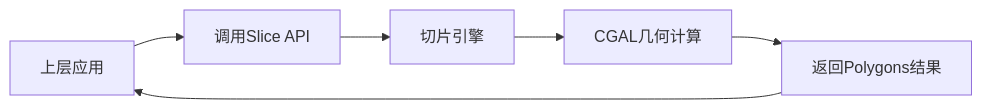
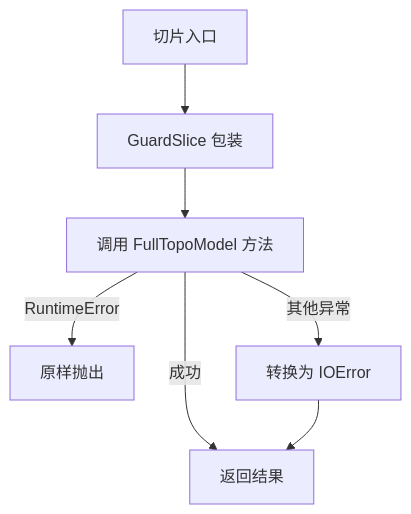
Before and after one commit to hsmbanlance/HsBaSlicer: diagram 12 of 13 in .qoder/repowiki/zh/content/核心模块详解/切片引擎.md, drawn with Mermaid. The commit also changed other lines of this file and 703 other files, not shown here.

````diff
--- a/.qoder/repowiki/zh/content/核心模块详解/切片引擎.md
+++ b/.qoder/repowiki/zh/content/核心模块详解/切片引擎.md
@@ -238,8 +450,9 @@
 ```mermaid
-flowchart LR
-App[上层应用] --> API["调用Slice API"]
-API --> Engine["切片引擎"]
-Engine --> CGAL["CGAL几何计算"]
-CGAL --> Result["返回Polygons结果"]
-Result --> App
+flowchart TD
+Entry["切片入口"] --> Guard["GuardSlice 包装"]
+Guard --> TryCall["调用 FullTopoModel 方法"]
+TryCall --> |成功| Return["返回结果"]
+TryCall --> |RuntimeError| Rethrow["原样抛出"]
+TryCall --> |其他异常| Convert["转换为 IOError"]
+Convert --> Return
 ```
````
